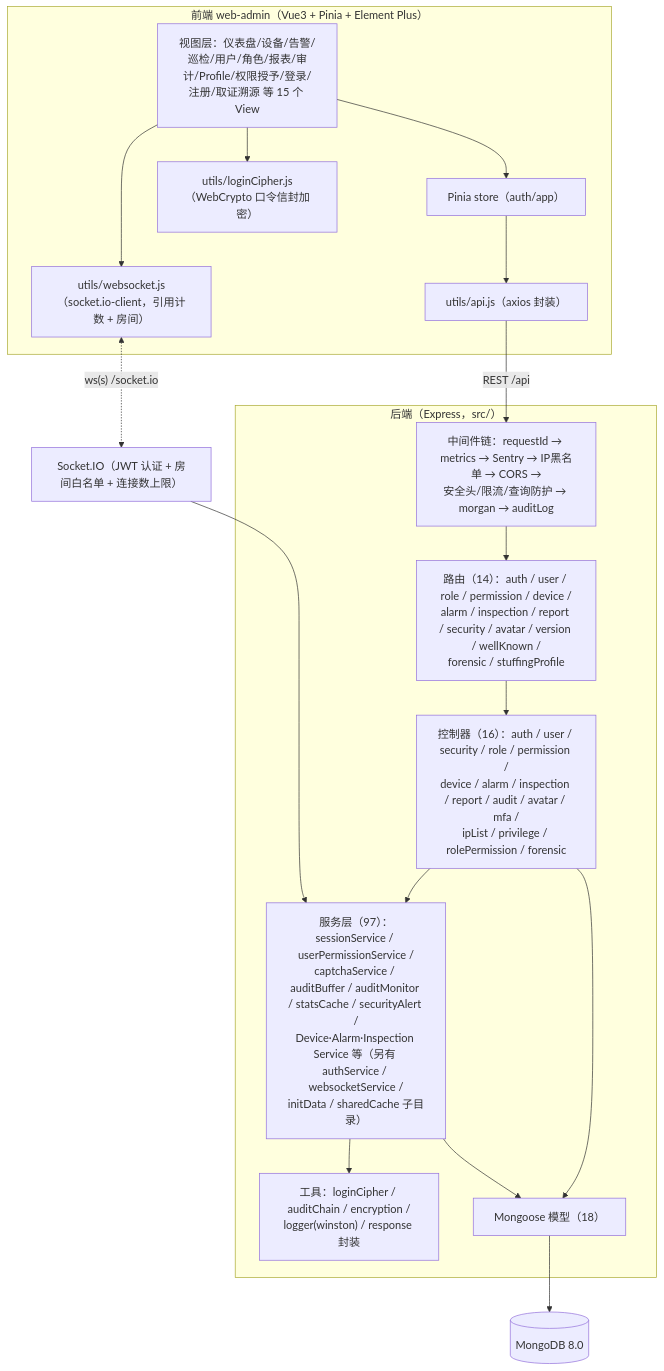
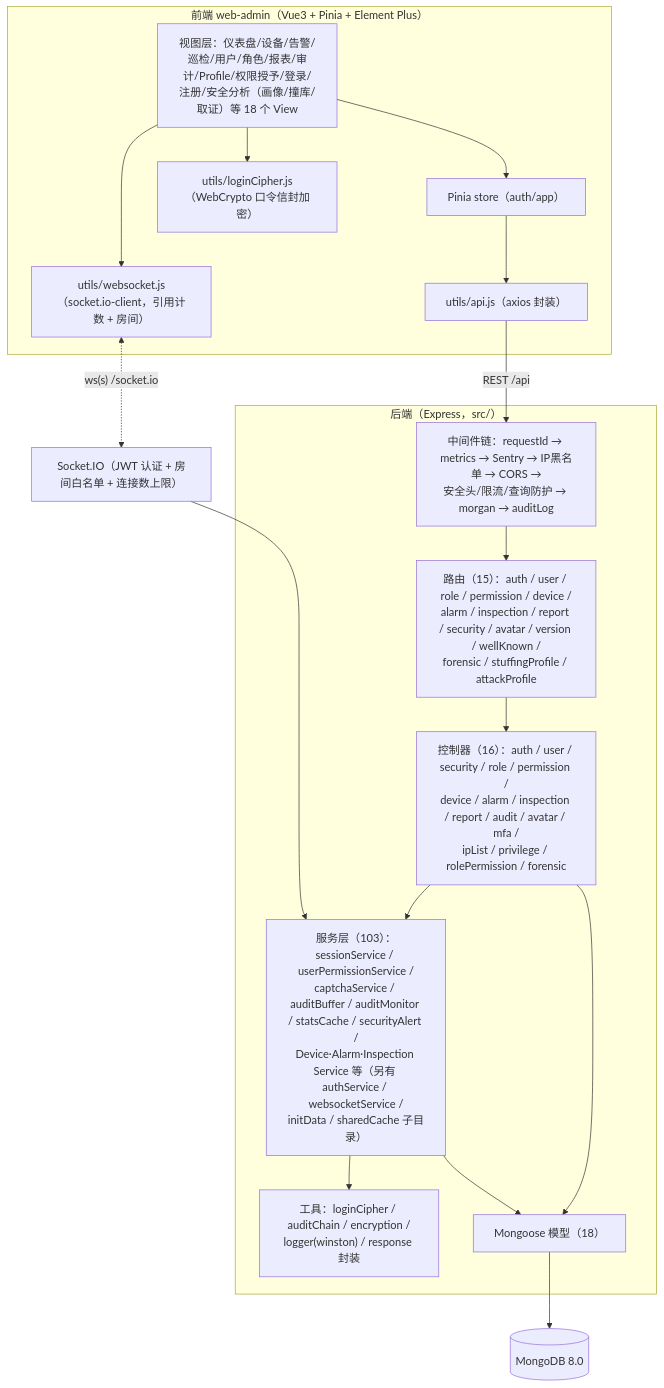
Before and after one commit to qmzzzzz/fsms: the first of 4 diagrams in docs/architecture.md, drawn with Mermaid. The commit also changed 201 other files, not shown here.

````diff
--- a/docs/architecture.md
+++ b/docs/architecture.md
@@ -10,34 +10,34 @@
 ```mermaid
 flowchart TB
   subgraph Client["前端 web-admin（Vue3 + Pinia + Element Plus）"]
-    Views["视图层：仪表盘/设备/告警/巡检/用户/角色/报表/审计/Profile/权限授予/登录/注册/取证溯源 等 15 个 View"]
+    Views["视图层：仪表盘/设备/告警/巡检/用户/角色/报表/审计/Profile/权限授予/登录/注册/安全分析（画像/撞库/取证）等 18 个 View"]
     Store["Pinia store（auth/app）"]
     Api["utils/api.js（axios 封装）"]
     Ws["utils/websocket.js（socket.io-client，引用计数 + 房间）"]
     Cipher["utils/loginCipher.js（WebCrypto 口令信封加密）"]
   end
 
   subgraph Backend["后端（Express，src/）"]
     MW["中间件链：requestId → metrics → Sentry → IP黑名单 → CORS →\n安全头/限流/查询防护 → morgan → auditLog"]
-    Routes["路由（14）：auth / user / role / permission / device /\nalarm / inspection / report / security / avatar / version / wellKnown /\nforensic / stuffingProfile"]
+    Routes["路由（15）：auth / user / role / permission / device /\nalarm / inspection / report / security / avatar / version / wellKnown /\nforensic / stuffingProfile / attackProfile"]
     Ctrl["控制器（16）：auth / user / security / role / permission /\ndevice / alarm / inspection / report / audit / avatar / mfa /\nipList / privilege / rolePermission / forensic"]
-    Svc["服务层（97）：sessionService / userPermissionService /\ncaptchaService / auditBuffer / auditMonitor / statsCache / securityAlert /\nDevice·Alarm·Inspection Service 等（另有 authService / websocketService /\ninitData / sharedCache 子目录）"]
+    Svc["服务层（103）：sessionService / userPermissionService /\ncaptchaService / auditBuffer / auditMonitor / statsCache / securityAlert /\nDevice·Alarm·Inspection Service 等（另有 authService / websocketService /\ninitData / sharedCache 子目录）"]
     Utils["工具：loginCipher / auditChain / encryption /\nlogger(winston) / response 封装"]
     Models["Mongoose 模型（18）"]
   end
 
   Mongo[("MongoDB 8.0")]
   Socket["Socket.IO（JWT 认证 + 房间白名单 + 连接数上限）"]
 
   Views --> Store --> Api
   Views --> Ws
   Views --> Cipher
   Api -- "REST /api" --> MW --> Routes --> Ctrl
   Ctrl --> Svc
   Ctrl --> Models
   Svc --> Models
   Svc --> Utils
   Ws <-. "ws(s) /socket.io" .-> Socket
   Socket --> Svc
   Models --> Mongo
 ```
````
